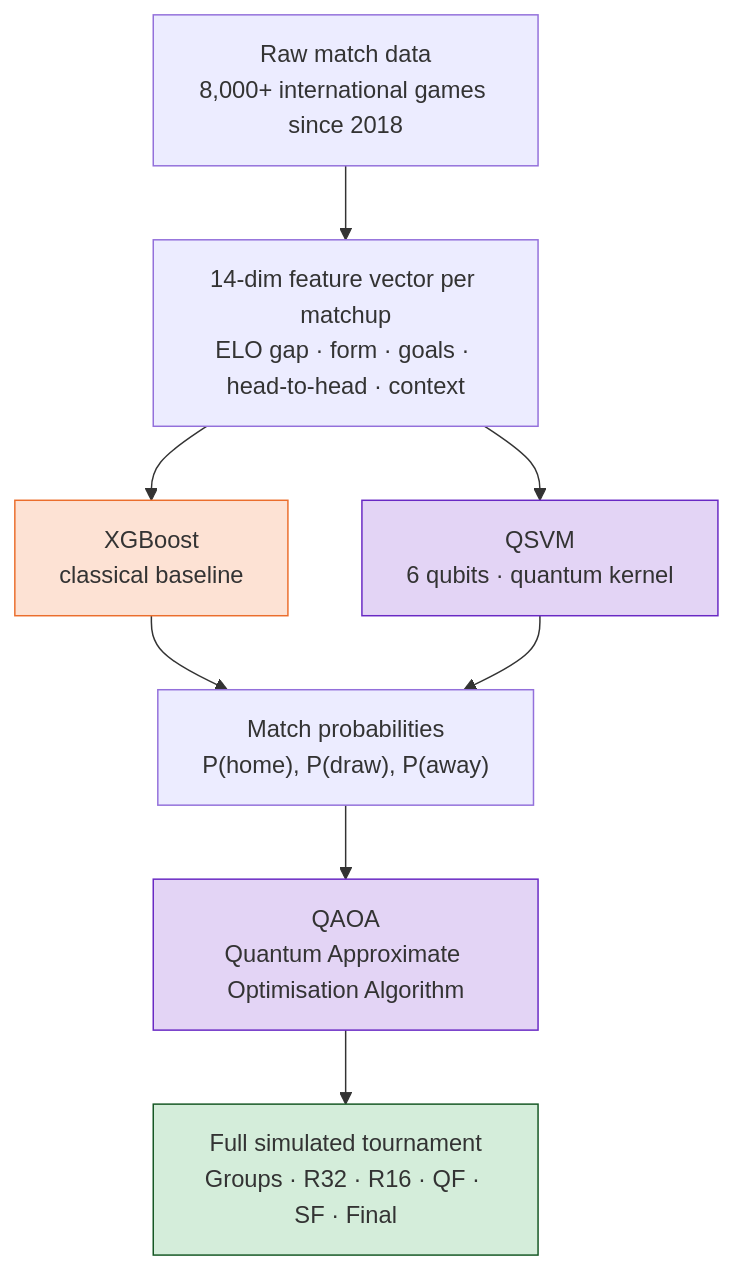
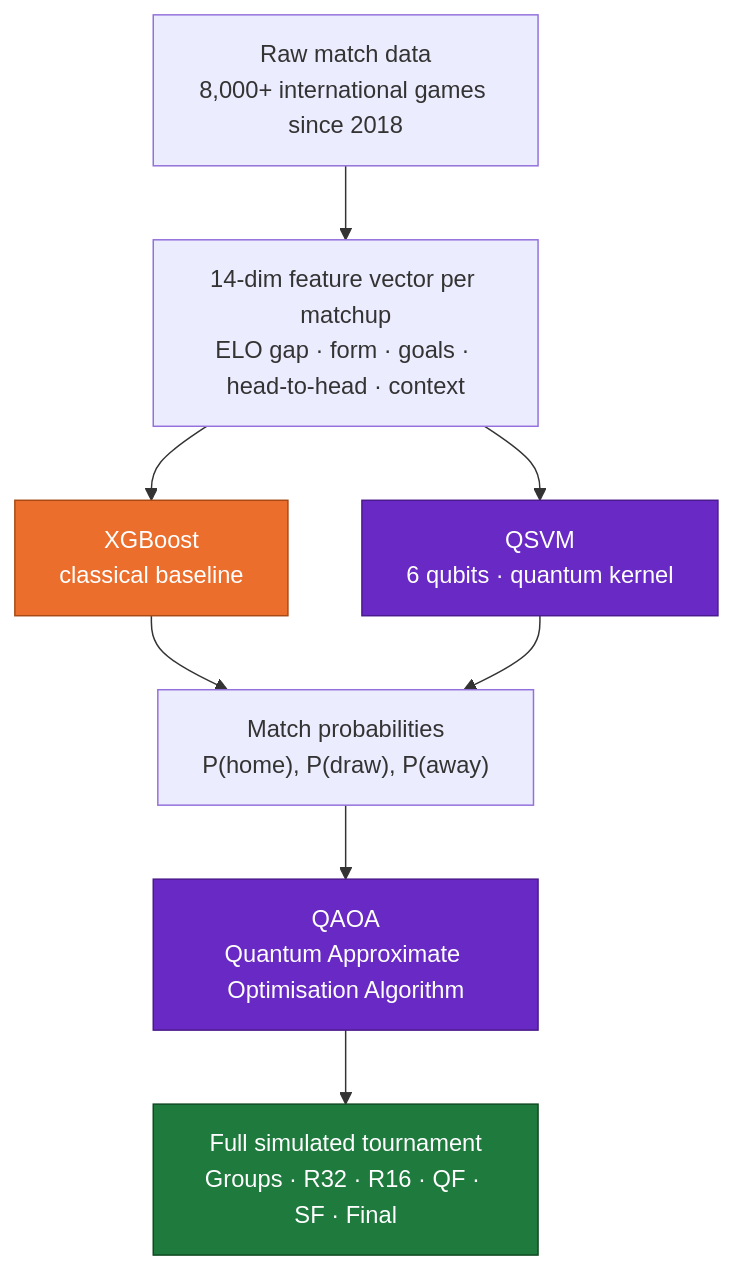
One commit to Sheel2007/World-Cup changed the diagram in README.md. Above: the diagram before and after it, drawn with Mermaid.

Commit message:
Make README flowchart readable

````diff
--- a/README.md
+++ b/README.md
@@ -131,15 +131,15 @@
 ```mermaid
 flowchart TD
     A["Raw match data<br/>8,000+ international games since 2018"] --> B["14-dim feature vector per matchup<br/>ELO gap · form · goals · head-to-head · context"]
     B --> C["XGBoost<br/>classical baseline"]
     B --> D["QSVM<br/>6 qubits · quantum kernel"]
     C --> E["Match probabilities<br/>P(home), P(draw), P(away)"]
     D --> E
     E --> F["QAOA<br/>Quantum Approximate Optimisation Algorithm"]
     F --> G["Full simulated tournament<br/>Groups · R32 · R16 · QF · SF · Final"]
 
-    style D fill:#e3d4f5,stroke:#6929C4
-    style F fill:#e3d4f5,stroke:#6929C4
-    style C fill:#fde2d4,stroke:#EB6E2D
-    style G fill:#d4edda,stroke:#155724
+    style D fill:#6929C4,stroke:#4B1A8C,color:#ffffff
+    style F fill:#6929C4,stroke:#4B1A8C,color:#ffffff
+    style C fill:#EB6E2D,stroke:#A84A14,color:#ffffff
+    style G fill:#1F7A3E,stroke:#0F4A22,color:#ffffff
 ```
````
